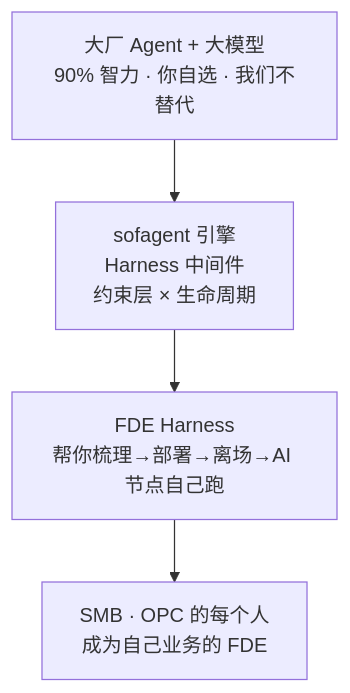
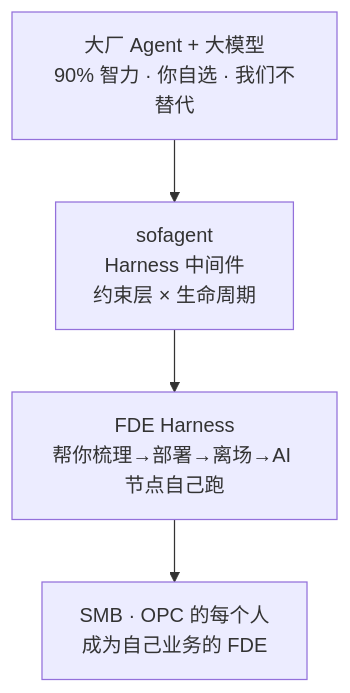
The first of 2 diagrams in FDE/GUIDE.md (KongFangXun/sofagent), drawn with Mermaid before and after one commit. The commit also changed other lines of this file and 28 other files, not shown here.

````diff
--- a/FDE/GUIDE.md
+++ b/FDE/GUIDE.md
@@ -129,6 +129,6 @@
 ```mermaid
 graph TD
-    A[大厂 Agent + 大模型<br/>90% 智力 · 你自选 · 我们不替代] --> B[sofagent 引擎<br/>Harness 中间件<br/>约束层 × 生命周期]
+    A[大厂 Agent + 大模型<br/>90% 智力 · 你自选 · 我们不替代] --> B[sofagent<br/>Harness 中间件<br/>约束层 × 生命周期]
     B --> C[FDE Harness<br/>帮你梳理→部署→离场→AI 节点自己跑]
     C --> D[SMB · OPC 的每个人<br/>成为自己业务的 FDE]
 ```
````
